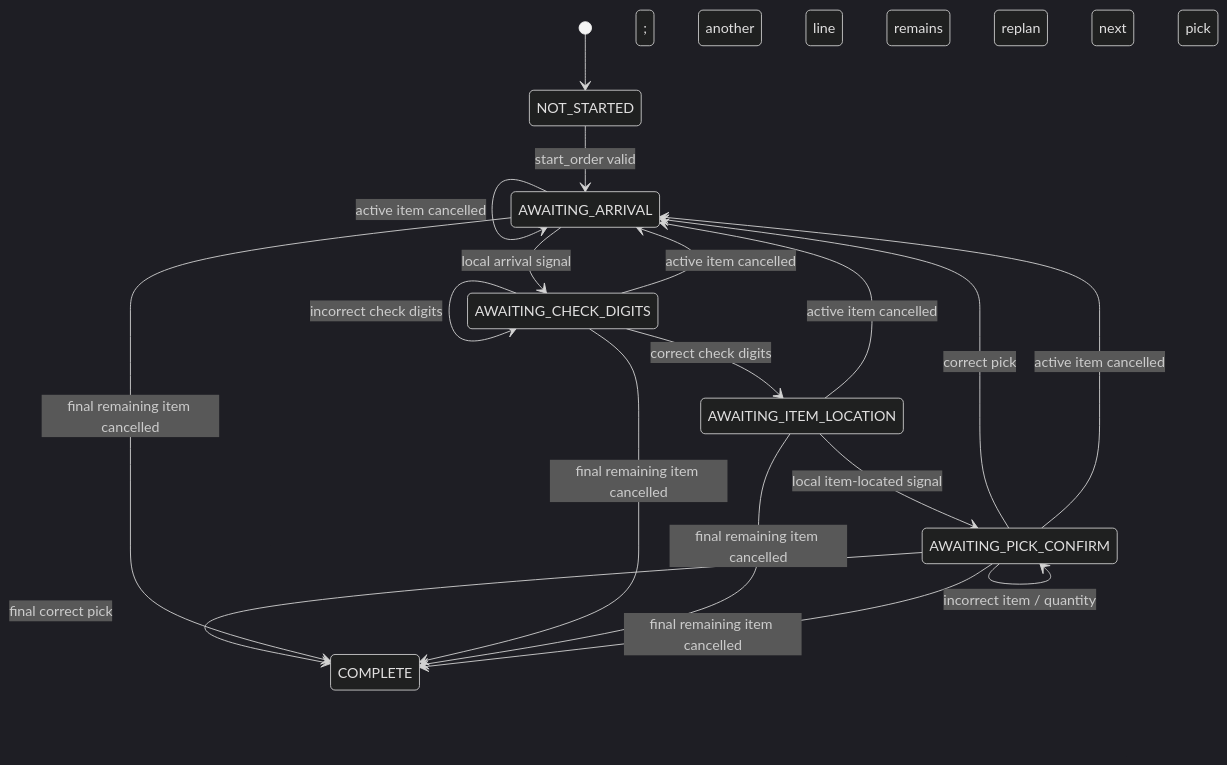
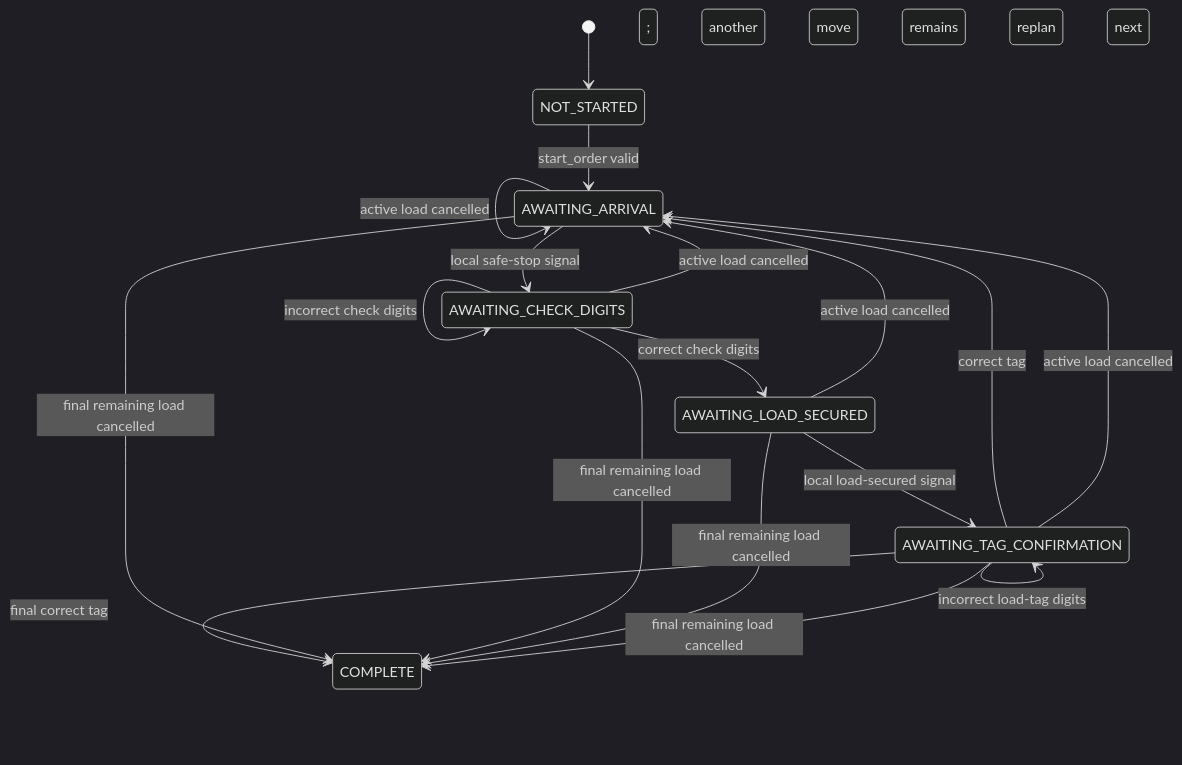
The third of 3 diagrams in Android/docs/voice-picking-demo.md (rahullokesh/gallery), drawn with Mermaid (dark theme) before and after one commit. The commit also changed other lines of this file and 8 other files, not shown here.

````diff
--- a/Android/docs/voice-picking-demo.md
+++ b/Android/docs/voice-picking-demo.md
@@ -85,20 +88,20 @@
 ```mermaid
 stateDiagram-v2
   [*] --> NOT_STARTED
   NOT_STARTED --> AWAITING_ARRIVAL: start_order valid
-  AWAITING_ARRIVAL --> AWAITING_CHECK_DIGITS: local arrival signal
-  AWAITING_CHECK_DIGITS --> AWAITING_ITEM_LOCATION: correct check digits
+  AWAITING_ARRIVAL --> AWAITING_CHECK_DIGITS: local safe-stop signal
+  AWAITING_CHECK_DIGITS --> AWAITING_LOAD_SECURED: correct check digits
   AWAITING_CHECK_DIGITS --> AWAITING_CHECK_DIGITS: incorrect check digits
-  AWAITING_ITEM_LOCATION --> AWAITING_PICK_CONFIRM: local item-located signal
-  AWAITING_PICK_CONFIRM --> AWAITING_ARRIVAL: correct pick; another line remains
-  AWAITING_PICK_CONFIRM --> AWAITING_PICK_CONFIRM: incorrect item / quantity
-  AWAITING_PICK_CONFIRM --> COMPLETE: final correct pick
-  AWAITING_ARRIVAL --> AWAITING_ARRIVAL: active item cancelled; replan next pick
-  AWAITING_CHECK_DIGITS --> AWAITING_ARRIVAL: active item cancelled; replan next pick
-  AWAITING_ITEM_LOCATION --> AWAITING_ARRIVAL: active item cancelled; replan next pick
-  AWAITING_PICK_CONFIRM --> AWAITING_ARRIVAL: active item cancelled; replan next pick
-  AWAITING_ARRIVAL --> COMPLETE: final remaining item cancelled
-  AWAITING_CHECK_DIGITS --> COMPLETE: final remaining item cancelled
-  AWAITING_ITEM_LOCATION --> COMPLETE: final remaining item cancelled
-  AWAITING_PICK_CONFIRM --> COMPLETE: final remaining item cancelled
+  AWAITING_LOAD_SECURED --> AWAITING_TAG_CONFIRMATION: local load-secured signal
+  AWAITING_TAG_CONFIRMATION --> AWAITING_TAG_CONFIRMATION: incorrect load-tag digits
+  AWAITING_TAG_CONFIRMATION --> AWAITING_ARRIVAL: correct tag; another move remains
+  AWAITING_TAG_CONFIRMATION --> COMPLETE: final correct tag
+  AWAITING_ARRIVAL --> AWAITING_ARRIVAL: active load cancelled; replan next move
+  AWAITING_CHECK_DIGITS --> AWAITING_ARRIVAL: active load cancelled; replan next move
+  AWAITING_LOAD_SECURED --> AWAITING_ARRIVAL: active load cancelled; replan next move
+  AWAITING_TAG_CONFIRMATION --> AWAITING_ARRIVAL: active load cancelled; replan next move
+  AWAITING_ARRIVAL --> COMPLETE: final remaining load cancelled
+  AWAITING_CHECK_DIGITS --> COMPLETE: final remaining load cancelled
+  AWAITING_LOAD_SECURED --> COMPLETE: final remaining load cancelled
+  AWAITING_TAG_CONFIRMATION --> COMPLETE: final remaining load cancelled
 ```
````
